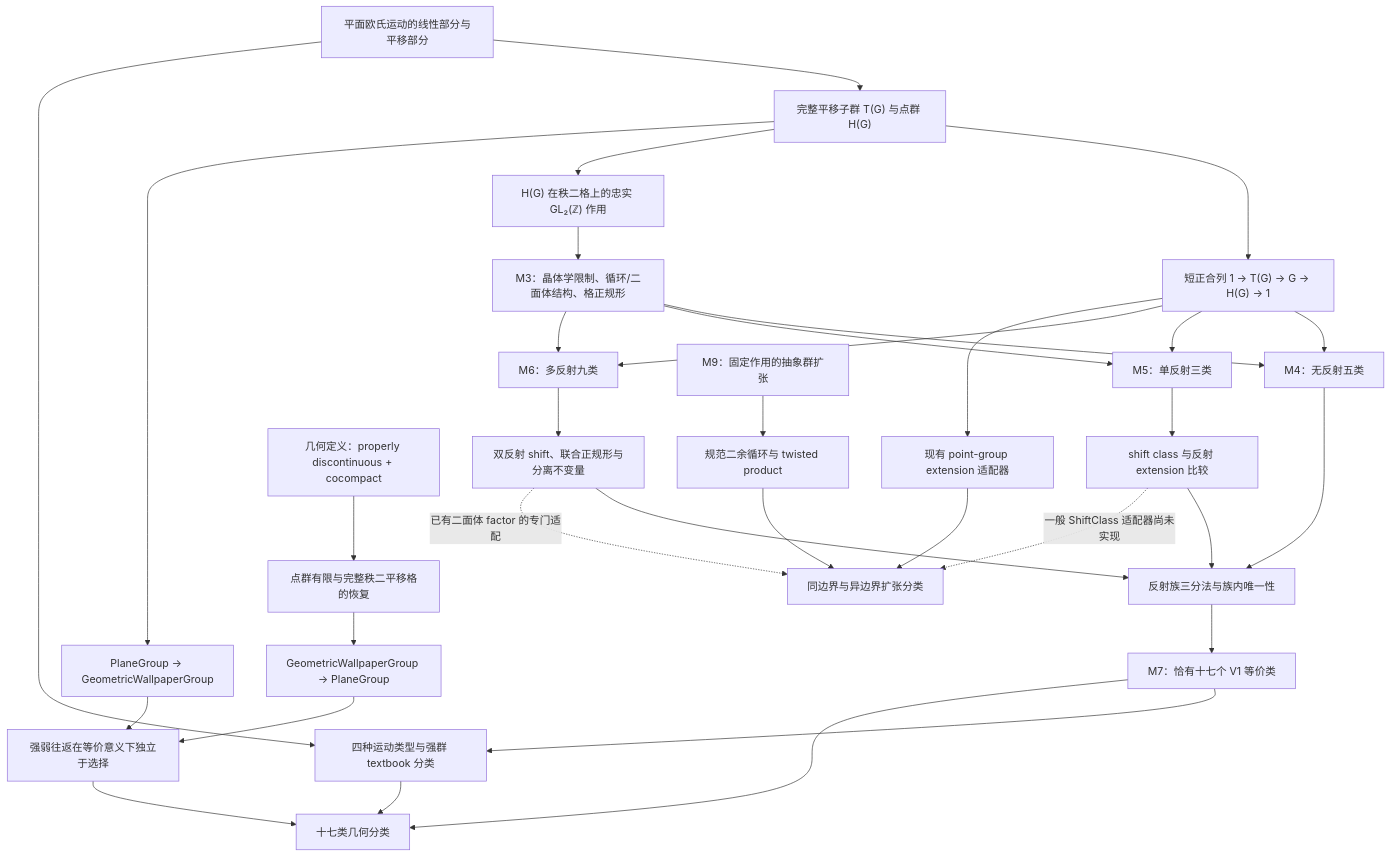
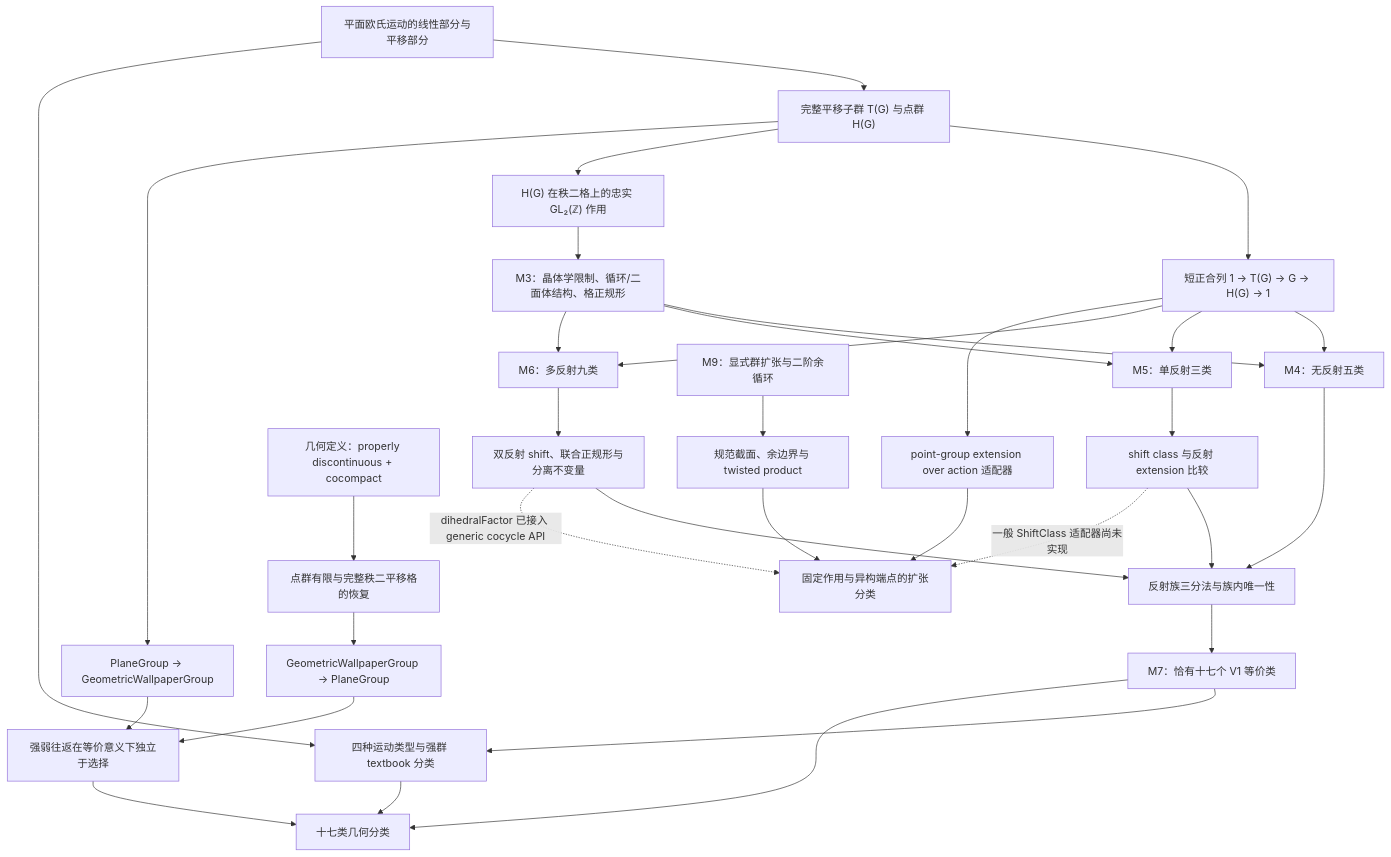
Before and after one commit to txyyss/wallpaper-groups: the first of 4 diagrams in docs/exposition-zh/00_总览与定理依赖.md, drawn with Mermaid. The commit also changed other lines of this file and 2 other files, not shown here.

````diff
--- a/docs/exposition-zh/00_总览与定理依赖.md
+++ b/docs/exposition-zh/00_总览与定理依赖.md
@@ -101,39 +116,39 @@
 ```mermaid
 flowchart TD
   A["平面欧氏运动的线性部分与平移部分"] --> B["完整平移子群 T(G) 与点群 H(G)"]
   B --> C["短正合列 1 → T(G) → G → H(G) → 1"]
   B --> D["H(G) 在秩二格上的忠实 GL₂(ℤ) 作用"]
   D --> E["M3：晶体学限制、循环/二面体结构、格正规形"]
 
   E --> F["M4：无反射五类"]
   E --> G["M5：单反射三类"]
   E --> H["M6：多反射九类"]
   C --> F
   C --> G
   C --> H
   G --> I["shift class 与反射 extension 比较"]
   H --> J["双反射 shift、联合正规形与分离不变量"]
   F --> K["反射族三分法与族内唯一性"]
   I --> K
   J --> K
   K --> L["M7：恰有十七个 V1 等价类"]
 
   L --> M["四种运动类型与强群 textbook 分类"]
   A --> M
 
   N["几何定义：properly discontinuous + cocompact"] --> O["点群有限与完整秩二平移格的恢复"]
   O --> P["GeometricWallpaperGroup → PlaneGroup"]
   B --> Q["PlaneGroup → GeometricWallpaperGroup"]
   P --> R["强弱往返在等价意义下独立于选择"]
   Q --> R
   L --> S["十七类几何分类"]
   M --> S
   R --> S
 
-  T["M9：固定作用的抽象群扩张"] --> U["规范二余循环与 twisted product"]
-  U --> V["同边界与异边界扩张分类"]
-  C --> W["现有 point-group extension 适配器"]
+  T["M9：显式群扩张与二阶余循环"] --> U["规范截面、余边界与 twisted product"]
+  U --> V["固定作用与异构端点的扩张分类"]
+  C --> W["point-group extension over action 适配器"]
   W --> V
-  J -. "已有二面体 factor 的专门适配" .-> V
+  J -. "dihedralFactor 已接入 generic cocycle API" .-> V
   I -. "一般 ShiftClass 适配器尚未实现" .-> V
 ```
````
